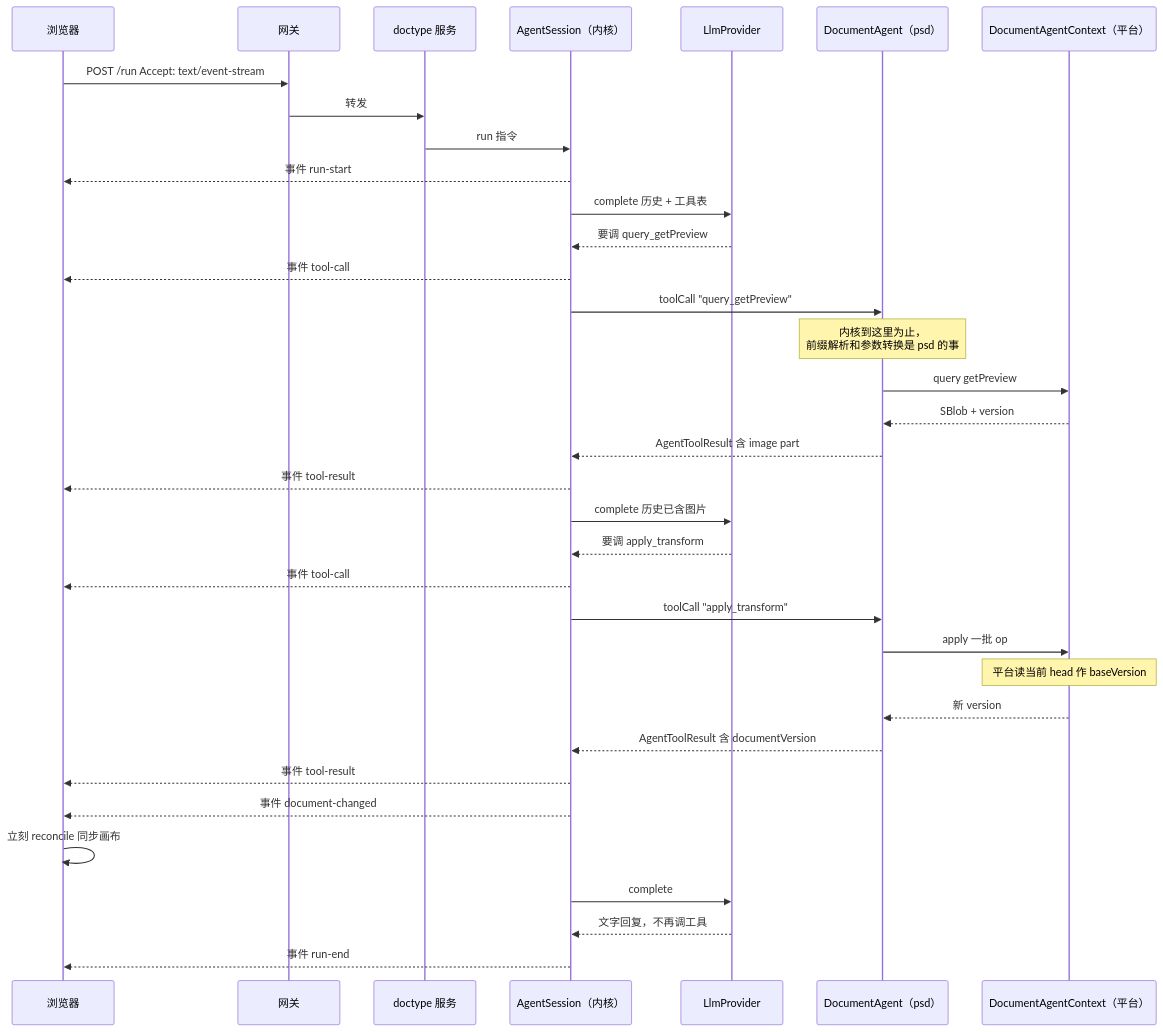
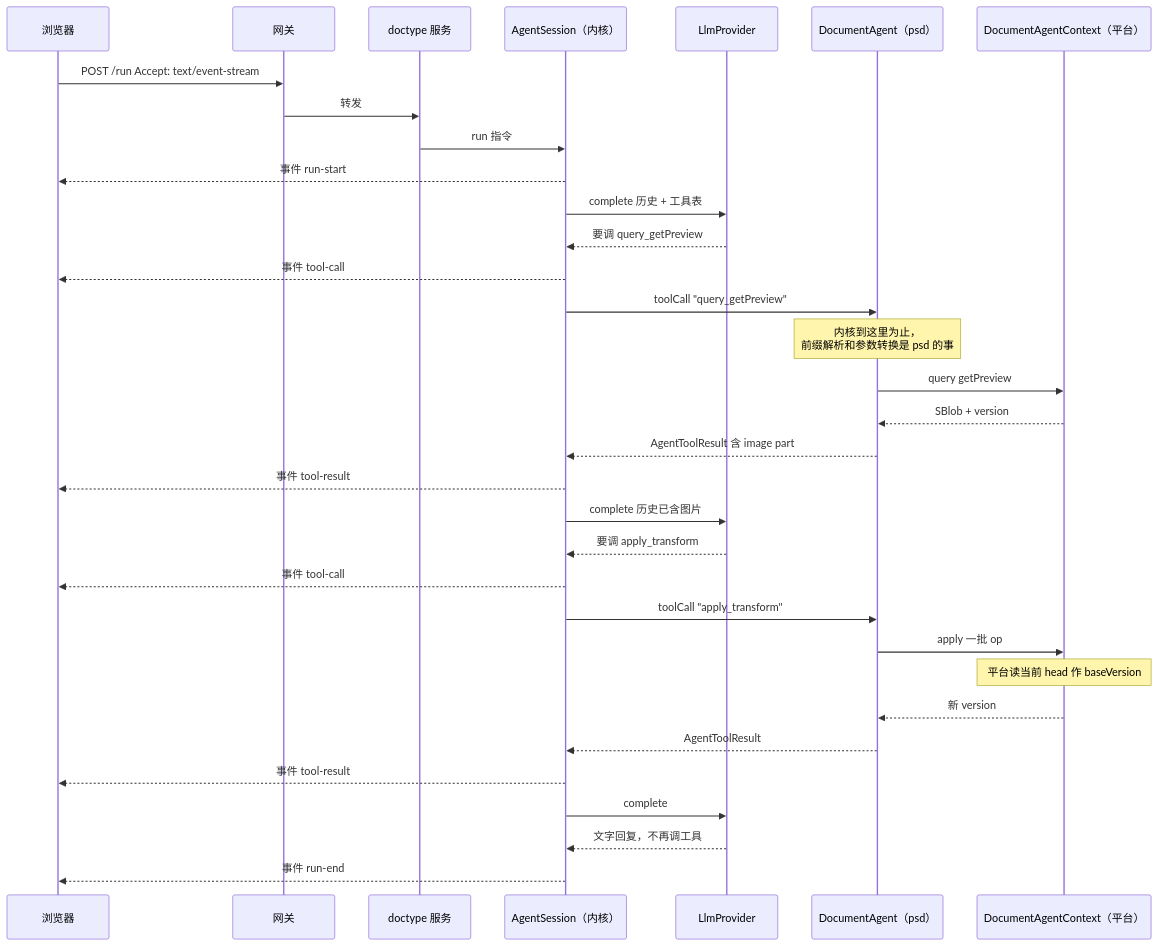
Before and after one commit to shazhou-ww/unidocs: diagram 11 of 15 in docs/superpowers/specs/2026-08-26-agent-sdk-design.md, drawn with Mermaid. The commit also changed other lines of this file, not shown here.

First line of the commit message:
docs(agent-sdk): agent 与人是对等编辑者,文档变更不走 agent 通道

````diff
--- a/docs/superpowers/specs/2026-08-26-agent-sdk-design.md
+++ b/docs/superpowers/specs/2026-08-26-agent-sdk-design.md
@@ -821,42 +839,40 @@
 ```mermaid
 sequenceDiagram
     participant B as 浏览器
     participant G as 网关
     participant W as doctype 服务
     participant S as AgentSession（内核）
     participant L as LlmProvider
     participant A as DocumentAgent（psd）
     participant C as DocumentAgentContext（平台）
 
     B->>G: POST /run  Accept: text/event-stream
     G->>W: 转发
     W->>S: run 指令
     S-->>B: 事件 run-start
 
     S->>L: complete 历史 + 工具表
     L-->>S: 要调 query_getPreview
     S-->>B: 事件 tool-call
 
     S->>A: toolCall "query_getPreview"
     Note over A: 内核到这里为止，<br/>前缀解析和参数转换是 psd 的事
     A->>C: query getPreview
     C-->>A: SBlob + version
     A-->>S: AgentToolResult 含 image part
     S-->>B: 事件 tool-result
 
     S->>L: complete 历史已含图片
     L-->>S: 要调 apply_transform
     S-->>B: 事件 tool-call
     S->>A: toolCall "apply_transform"
     A->>C: apply 一批 op
     Note over C: 平台读当前 head 作 baseVersion
     C-->>A: 新 version
-    A-->>S: AgentToolResult 含 documentVersion
+    A-->>S: AgentToolResult
     S-->>B: 事件 tool-result
-    S-->>B: 事件 document-changed
-    B->>B: 立刻 reconcile 同步画布
 
     S->>L: complete
     L-->>S: 文字回复，不再调工具
     S-->>B: 事件 run-end
 ```
````
